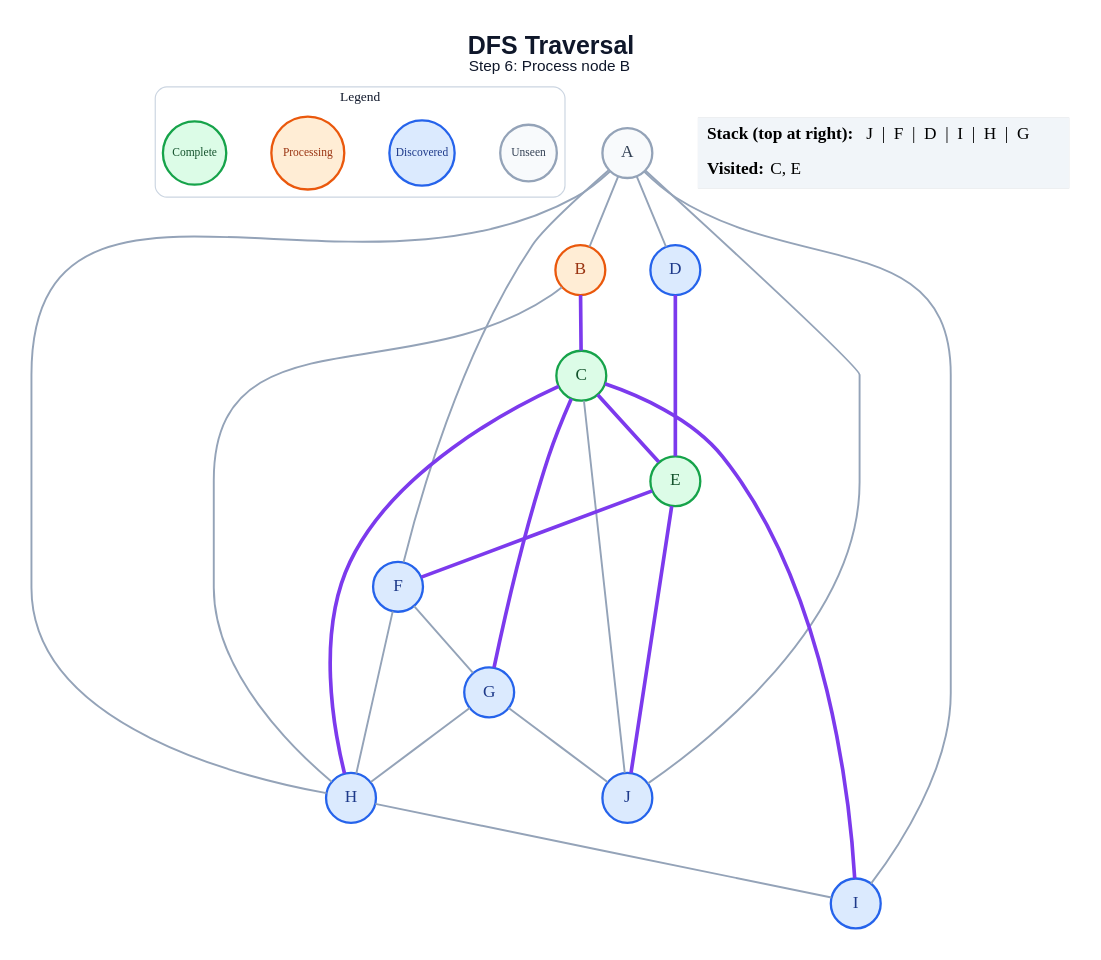
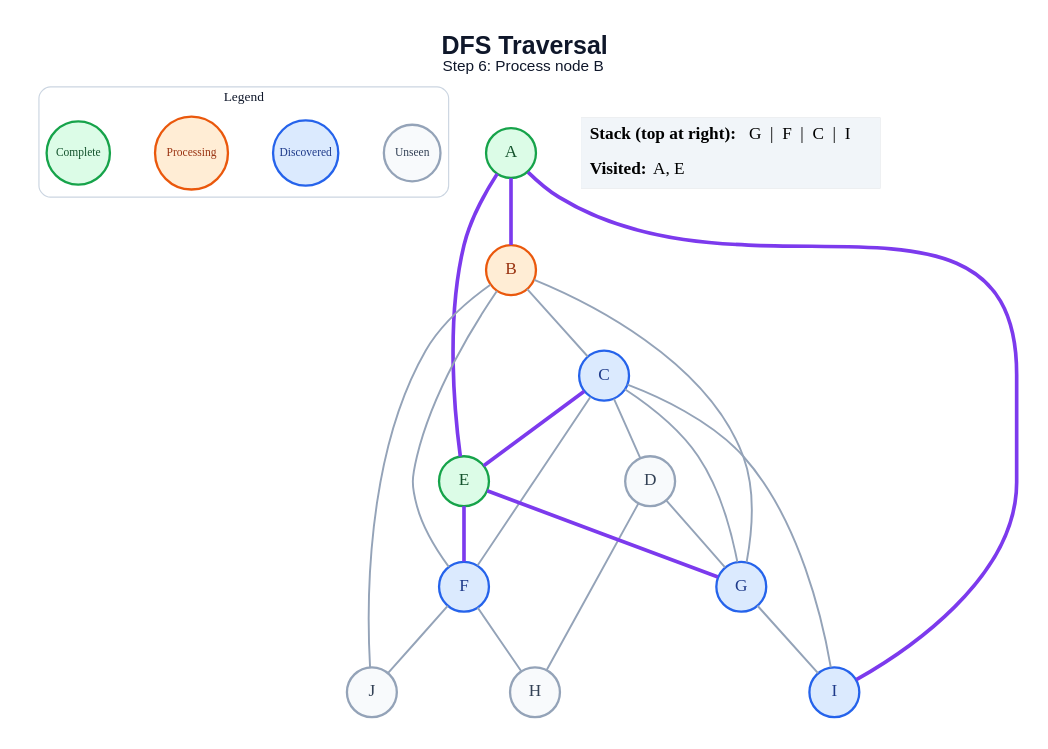
The diagram in generated/specific-node/dfs/step_06.dot (amanghodawala9/ai-slop), drawn with Graphviz before and after one commit. The commit also changed 178 other files, not shown here.

```diff
--- a/generated/specific-node/dfs/step_06.dot
+++ b/generated/specific-node/dfs/step_06.dot
@@ -1,50 +1,48 @@
 graph traversal {
   graph [layout=dot, rankdir=TB, bgcolor="#FFFFFF", pad="0.35", nodesep="0.65", ranksep="0.8", fontname="Arial"];
   node [shape=circle, style="filled", fontname="Arial Bold", fontsize=18, width=0.72, fixedsize=true, penwidth=2.4];
   edge [color="#94A3B8", penwidth=2.0];
   label=<<B>DFS Traversal</B><BR/><FONT POINT-SIZE="16">Step 6: Process node B</FONT>>; labelloc="t"; fontsize=26; fontname="Arial"; fontcolor="#0F172A";
   subgraph cluster_legend { label="Legend"; color="#CBD5E1"; penwidth=1.2; style="rounded"; fontsize=14; fontname="Arial Bold";
     key_unseen [label="Unseen", fillcolor="#F8FAFC", color="#94A3B8", fontcolor="#334155", fontsize=12, width=0.82];
     key_frontier [label="Discovered", fillcolor="#DBEAFE", color="#2563EB", fontcolor="#1E3A8A", fontsize=12, width=0.95];
     key_current [label="Processing", fillcolor="#FFEDD5", color="#EA580C", fontcolor="#9A3412", fontsize=12, width=1.05];
     key_done [label="Complete", fillcolor="#DCFCE7", color="#16A34A", fontcolor="#14532D", fontsize=12, width=0.92];
     { rank=same; key_unseen; key_frontier; key_current; key_done; }
   }
-  A [fillcolor="#F8FAFC", color="#94A3B8", fontcolor="#334155"];
+  A [fillcolor="#DCFCE7", color="#16A34A", fontcolor="#14532D"];
   B [fillcolor="#FFEDD5", color="#EA580C", fontcolor="#9A3412"];
-  C [fillcolor="#DCFCE7", color="#16A34A", fontcolor="#14532D"];
-  D [fillcolor="#DBEAFE", color="#2563EB", fontcolor="#1E3A8A"];
+  C [fillcolor="#DBEAFE", color="#2563EB", fontcolor="#1E3A8A"];
+  D [fillcolor="#F8FAFC", color="#94A3B8", fontcolor="#334155"];
   E [fillcolor="#DCFCE7", color="#16A34A", fontcolor="#14532D"];
   F [fillcolor="#DBEAFE", color="#2563EB", fontcolor="#1E3A8A"];
   G [fillcolor="#DBEAFE", color="#2563EB", fontcolor="#1E3A8A"];
-  H [fillcolor="#DBEAFE", color="#2563EB", fontcolor="#1E3A8A"];
+  H [fillcolor="#F8FAFC", color="#94A3B8", fontcolor="#334155"];
   I [fillcolor="#DBEAFE", color="#2563EB", fontcolor="#1E3A8A"];
-  J [fillcolor="#DBEAFE", color="#2563EB", fontcolor="#1E3A8A"];
-  A -- B;
-  A -- D;
-  A -- F;
-  A -- H;
-  A -- I;
-  A -- J;
-  B -- C [color="#7C3AED", penwidth=3.8];
-  B -- H;
+  J [fillcolor="#F8FAFC", color="#94A3B8", fontcolor="#334155"];
+  A -- B [color="#7C3AED", penwidth=3.8];
+  A -- E [color="#7C3AED", penwidth=3.8];
+  A -- I [color="#7C3AED", penwidth=3.8];
+  B -- C;
+  B -- F;
+  B -- G;
+  B -- J;
+  C -- D;
   C -- E [color="#7C3AED", penwidth=3.8];
-  C -- G [color="#7C3AED", penwidth=3.8];
-  C -- H [color="#7C3AED", penwidth=3.8];
-  C -- I [color="#7C3AED", penwidth=3.8];
-  C -- J;
-  D -- E [color="#7C3AED", penwidth=3.8];
+  C -- F;
+  C -- G;
+  C -- I;
+  D -- G;
+  D -- H;
   E -- F [color="#7C3AED", penwidth=3.8];
-  E -- J [color="#7C3AED", penwidth=3.8];
-  F -- G;
+  E -- G [color="#7C3AED", penwidth=3.8];
   F -- H;
-  G -- H;
-  G -- J;
-  H -- I;
+  F -- J;
+  G -- I;
   status [shape=plain, fixedsize=false, width=0, height=0, margin=0, label=<
     <TABLE BORDER="0" CELLBORDER="0" CELLPADDING="7" BGCOLOR="#F1F5F9">
-      <TR><TD ALIGN="LEFT"><B>Stack (top at right):</B> J  |  F  |  D  |  I  |  H  |  G</TD></TR>
-      <TR><TD ALIGN="LEFT"><B>Visited:</B> C, E</TD></TR>
+      <TR><TD ALIGN="LEFT"><B>Stack (top at right):</B> G  |  F  |  C  |  I</TD></TR>
+      <TR><TD ALIGN="LEFT"><B>Visited:</B> A, E</TD></TR>
     </TABLE>
   >];
 }
```
